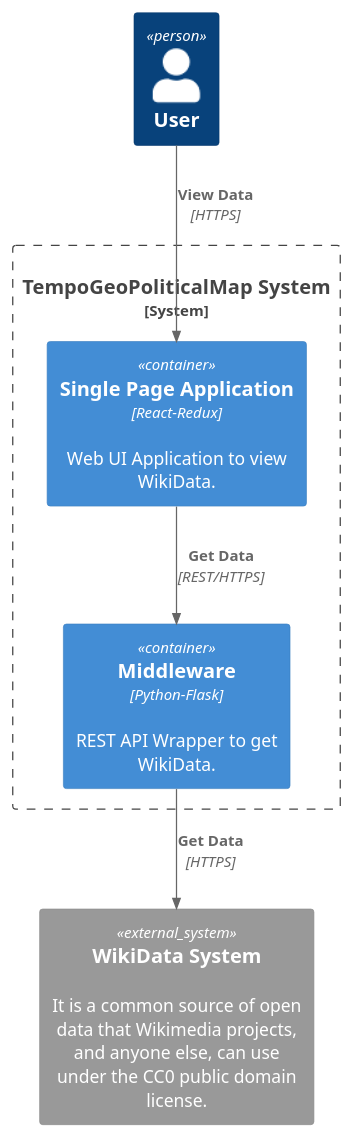
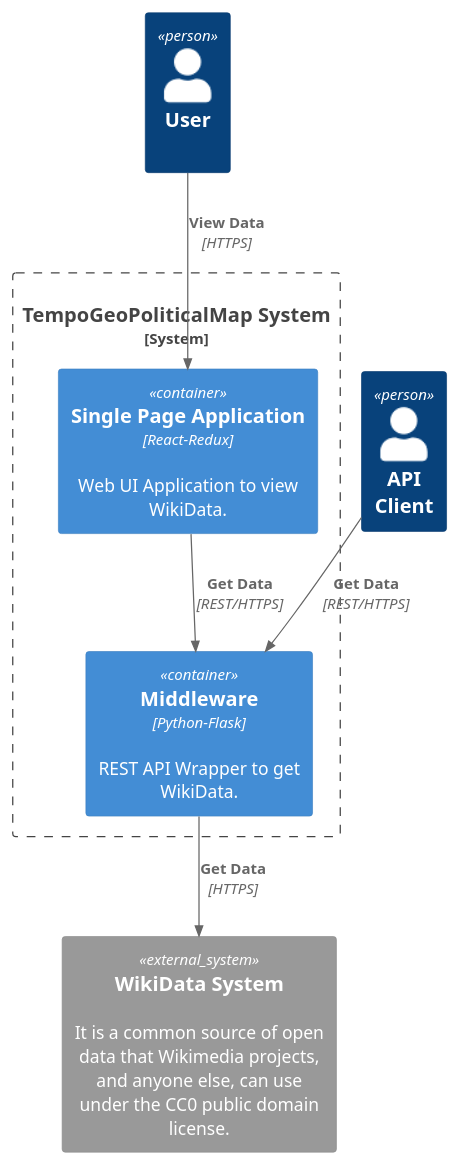
Before and after one commit to TempoGeoPoliticalMap/tgpm-docs: the diagram in src/1. Technical Design/1. Solution Architecture/TempoGeoPoliticalMap System/system.puml, drawn with PlantUML. The commit also changed 18 other files, not shown here.

```diff
--- a/src/1. Technical Design/1. Solution Architecture/TempoGeoPoliticalMap System/system.puml
+++ b/src/1. Technical Design/1. Solution Architecture/TempoGeoPoliticalMap System/system.puml
@@ -1,16 +1,18 @@
 @startuml C4_Elements
 !include https://raw.githubusercontent.com/plantuml-stdlib/C4-PlantUML/master/C4_Container.puml
 
 
+Person(user, "User\n", "")
+Person(api_client, "API \nClient", "")
 
-Person(user, "User", "")
 System_Boundary(tgpmSystem, "TempoGeoPoliticalMap System"){
     Container(spa, "Single Page Application", "React-Redux", "Web UI Application to view WikiData.")
     Container(webapp, "Middleware", "Python-Flask", "REST API Wrapper to get WikiData.")
     Rel(spa, webapp, "Get Data", "REST/HTTPS")
 }
 System_Ext(wikidata, "WikiData System", "It is a common source of open data that Wikimedia projects, and anyone else, can use under the CC0 public domain license.")
 
 Rel(user, spa, "View Data", "HTTPS")
+Rel(api_client, webapp, "Get Data", "REST/HTTPS")
 Rel(webapp, wikidata, "Get Data", "HTTPS")
 @enduml
```
